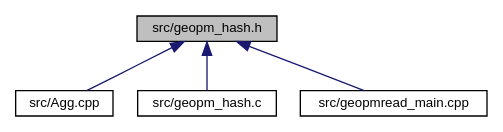
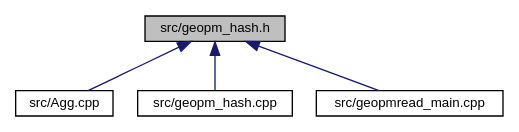
Before and after one commit to geopm/geopm.github.io: the diagram in geopm-service-dox/geopm__hash_8h__dep__incl.dot, drawn with Graphviz. The commit also changed 1083 other files, not shown here.

```diff
--- a/geopm-service-dox/geopm__hash_8h__dep__incl.dot
+++ b/geopm-service-dox/geopm__hash_8h__dep__incl.dot
@@ -1,13 +1,13 @@
 digraph "src/geopm_hash.h"
 {
  // LATEX_PDF_SIZE
   edge [fontname="Helvetica",fontsize="10",labelfontname="Helvetica",labelfontsize="10"];
   node [fontname="Helvetica",fontsize="10",shape=record];
   Node1 [label="src/geopm_hash.h",height=0.2,width=0.4,color="black", fillcolor="grey75", style="filled", fontcolor="black",tooltip=" "];
   Node1 -> Node2 [dir="back",color="midnightblue",fontsize="10",style="solid",fontname="Helvetica"];
   Node2 [label="src/Agg.cpp",height=0.2,width=0.4,color="black", fillcolor="white", style="filled",URL="$_agg_8cpp.html",tooltip=" "];
   Node1 -> Node3 [dir="back",color="midnightblue",fontsize="10",style="solid",fontname="Helvetica"];
-  Node3 [label="src/geopm_hash.c",height=0.2,width=0.4,color="black", fillcolor="white", style="filled",URL="$geopm__hash_8c.html",tooltip=" "];
+  Node3 [label="src/geopm_hash.cpp",height=0.2,width=0.4,color="black", fillcolor="white", style="filled",URL="$geopm__hash_8cpp.html",tooltip=" "];
   Node1 -> Node4 [dir="back",color="midnightblue",fontsize="10",style="solid",fontname="Helvetica"];
   Node4 [label="src/geopmread_main.cpp",height=0.2,width=0.4,color="black", fillcolor="white", style="filled",URL="$geopmread__main_8cpp.html",tooltip=" "];
 }
```
